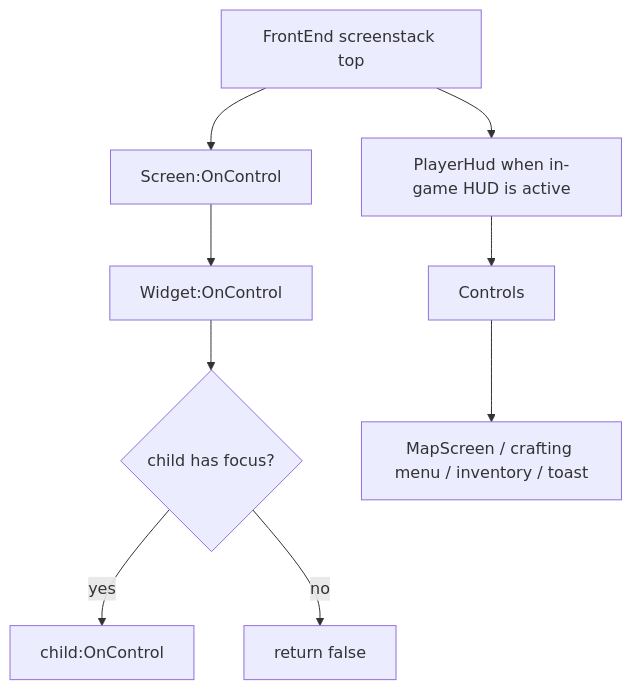
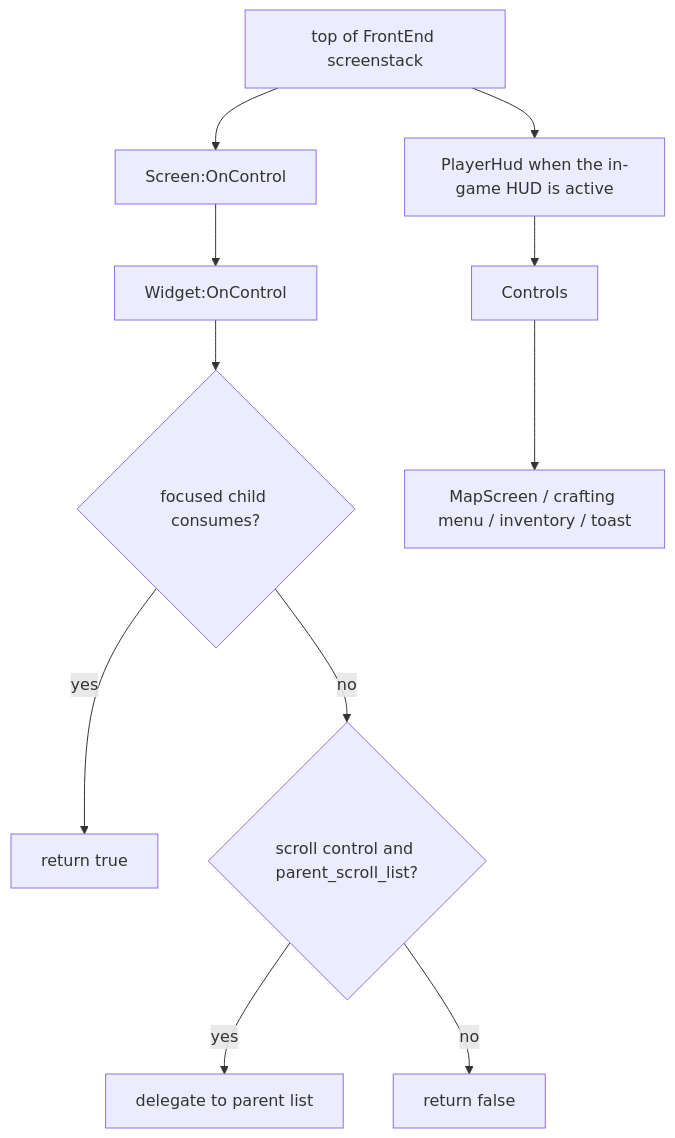
The diagram in dst-scripts/index/0x7000-frontend-data-tools/0x7100-frontend-ui/0x7102-screens-widgets-hud.md (LetsStarveTogether/dst-server), drawn with Mermaid before and after one commit. The commit also changed other lines of this file and 83 other files, not shown here.

```diff
--- a/dst-scripts/index/0x7000-frontend-data-tools/0x7100-frontend-ui/0x7102-screens-widgets-hud.md
+++ b/dst-scripts/index/0x7000-frontend-data-tools/0x7100-frontend-ui/0x7102-screens-widgets-hud.md
@@ -43,12 +43,14 @@
 ~~~mermaid
 flowchart TD
-    A["FrontEnd screenstack top"]
+    A["top of FrontEnd screenstack"]
     A --> B["Screen:OnControl"]
     B --> C["Widget:OnControl"]
-    C --> D{"child has focus?"}
-    D -->|yes| E["child:OnControl"]
-    D -->|no| F["return false"]
-    A --> G["PlayerHud when in-game HUD is active"]
+    C --> D{"focused child consumes?"}
+    D -->|yes| E["return true"]
+    D -->|no| J{"scroll control and parent_scroll_list?"}
+    J -->|yes| K["delegate to parent list"]
+    J -->|no| F["return false"]
+    A --> G["PlayerHud when the in-game HUD is active"]
     G --> H["Controls"]
     H --> I["MapScreen / crafting menu / inventory / toast"]
 ~~~
```
